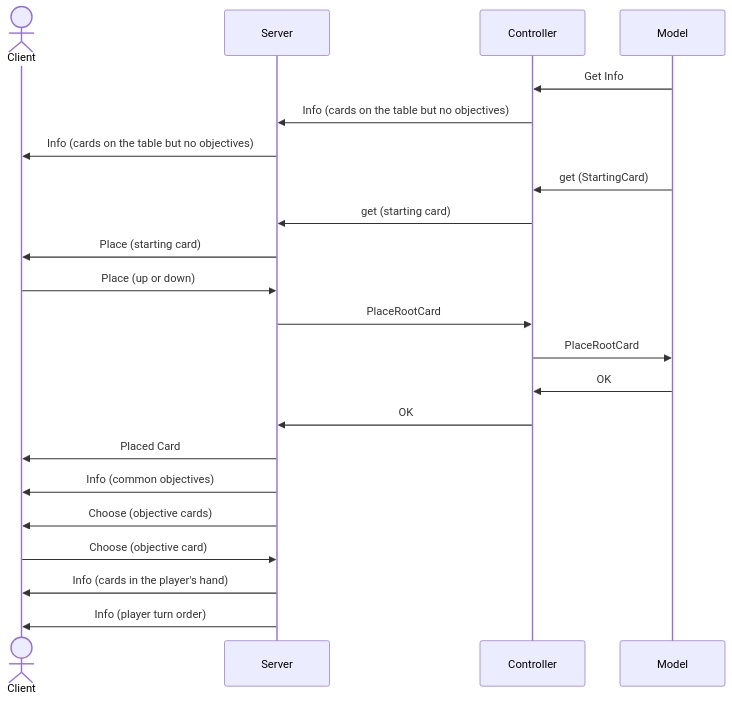
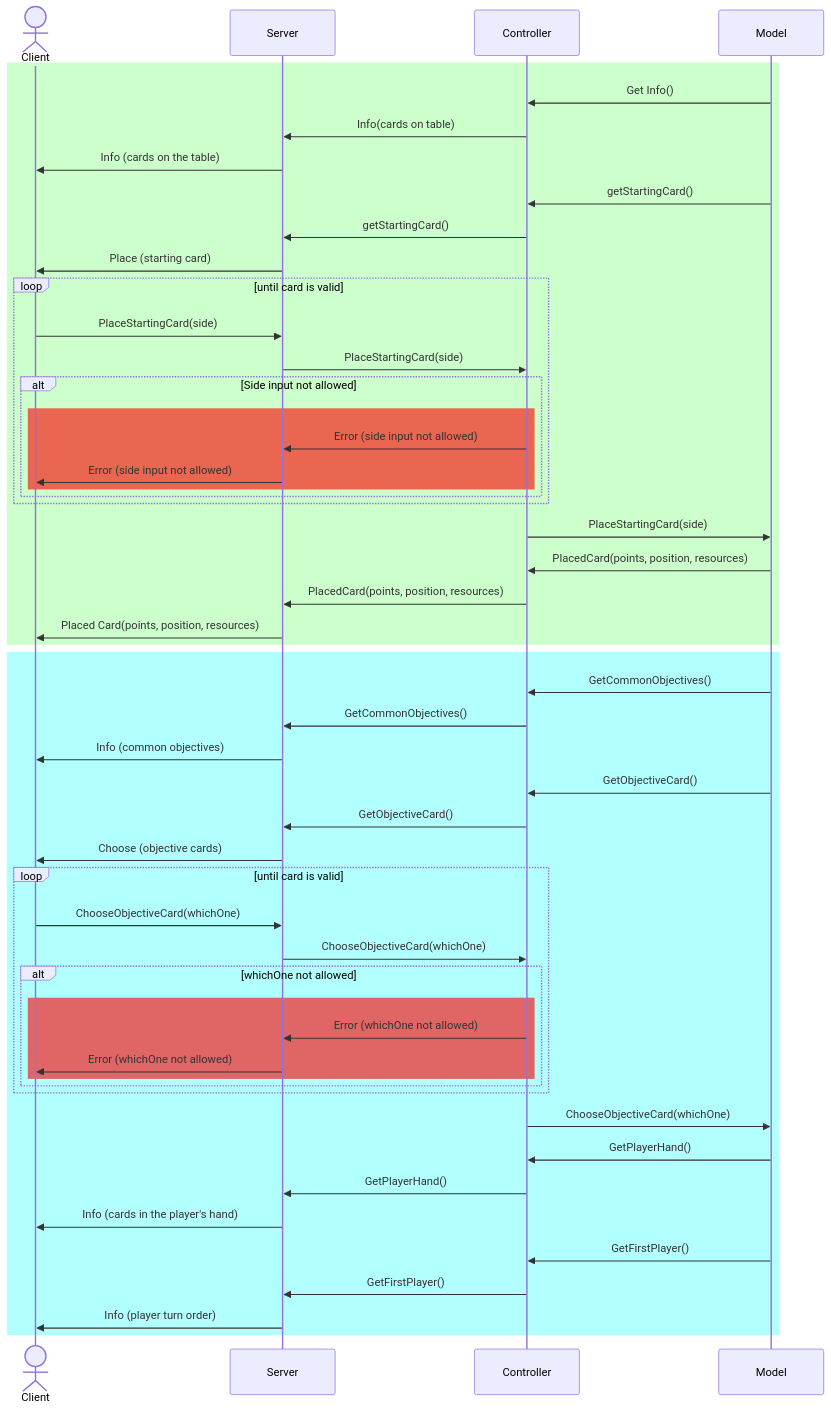
Before and after one commit to TheCaptainCraken/IS24-AM26: the second of 6 diagrams in deliverables/connection-serius.md, drawn with Mermaid. The commit also changed other lines of this file, not shown here.

Commit message:
Introduce connection lost and better sequence

````diff
--- a/deliverables/connection-serius.md
+++ b/deliverables/connection-serius.md
@@ -52,28 +97,64 @@
 ```mermaid
 sequenceDiagram
     actor Client
     participant Server
     participant Controller
     participant Model
-    Model ->> Controller: Get Info
-    Controller ->> Server: Info (cards on the table but no objectives)
+
+    rect rgba(0, 255, 0, 0.2)
+    Model ->> Controller: Get Info()
+    Controller ->> Server: Info(cards on table)
     
-    Server ->> Client: Info (cards on the table but no objectives)
-    Model ->> Controller: get (StartingCard)
-    Controller ->> Server: get (starting card)
+    Server ->> Client: Info (cards on the table)
+    Model ->> Controller: getStartingCard()
+    Controller ->> Server: getStartingCard()
     Server ->> Client: Place (starting card)
     
-    Client ->> Server: Place (up or down)
-    Server ->> Controller: PlaceRootCard 
-    Controller ->> Model: PlaceRootCard 
+    loop until card is valid
+    Client ->> Server: PlaceStartingCard(side)
+    Server ->> Controller: PlaceStartingCard(side) 
+    alt Side input not allowed
+        rect rgba(255, 0, 0, 0.6)
+        Controller ->> Server: Error (side input not allowed)
+        Server ->> Client: Error (side input not allowed)
+        end
+    end
+    end 
+    Controller ->> Model: PlaceStartingCard(side)
     
-    Model ->> Controller: OK
-    Controller ->> Server: OK
-    Server ->> Client: Placed Card
+    Model ->> Controller: PlacedCard(points, position, resources)   
+    Controller ->> Server: PlacedCard(points, position, resources)
+    Server ->> Client: Placed Card(points, position, resources)
+    end
+
+    rect rgba(0, 255, 255, 0.3)
+    Model ->> Controller: GetCommonObjectives()
+    Controller ->> Server: GetCommonObjectives()
+    Server ->> Client: Info (common objectives)
     
-    Server ->> Client: Info (common objectives)
+    Model ->> Controller: GetObjectiveCard()
+    Controller ->> Server: GetObjectiveCard()
     Server ->> Client: Choose (objective cards)
-    Client ->> Server: Choose (objective card)
+        
+    loop until card is valid
+    Client ->> Server: ChooseObjectiveCard(whichOne)
+    Server ->> Controller: ChooseObjectiveCard(whichOne)
+    alt whichOne not allowed
+        rect rgba(255, 0, 0, 0.6)
+        Controller ->> Server: Error (whichOne not allowed)
+        Server ->> Client: Error (whichOne not allowed)
+        end
+    end
+    end
+    Controller ->> Model: ChooseObjectiveCard(whichOne)
+    
+    Model ->> Controller: GetPlayerHand()
+    Controller ->> Server: GetPlayerHand()
     Server ->> Client: Info (cards in the player's hand)
+    
+    Model ->> Controller: GetFirstPlayer()
+    Controller ->> Server: GetFirstPlayer()
     Server ->> Client: Info (player turn order)
+    end
+
 ```
````
